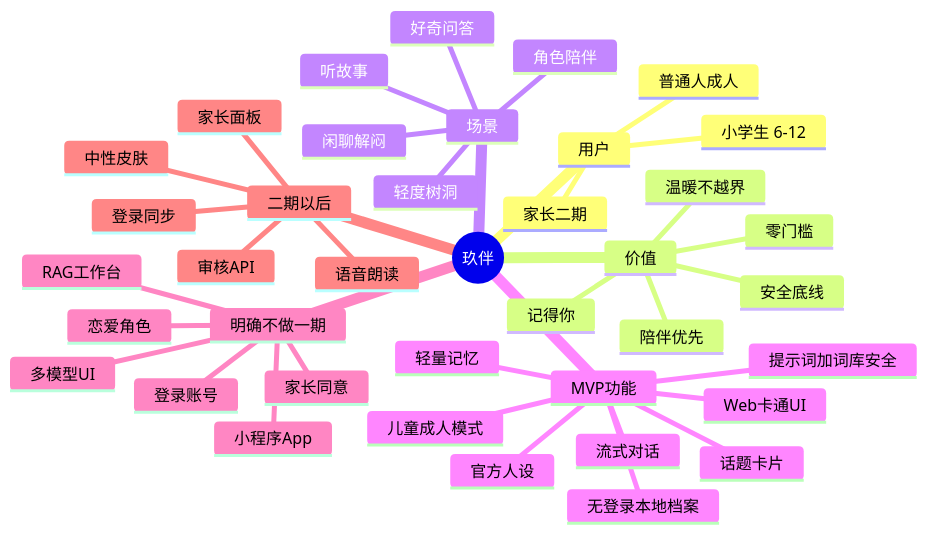
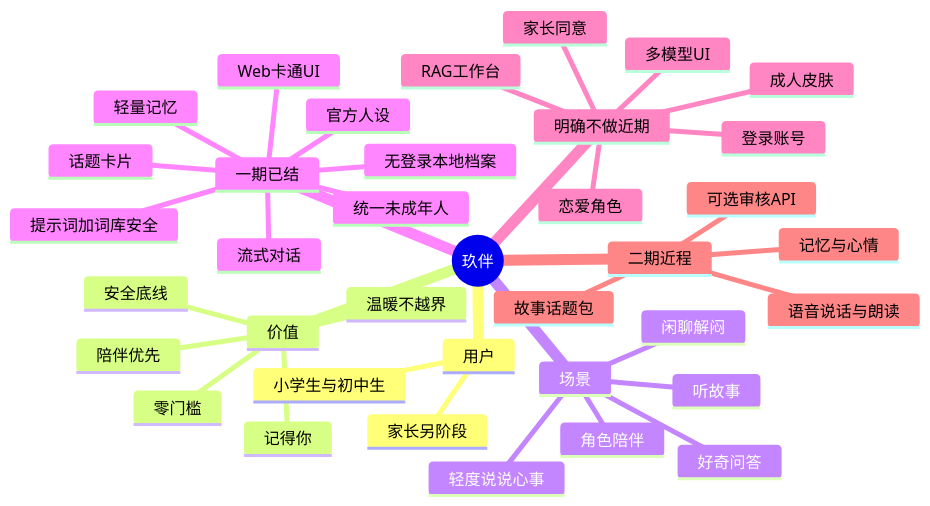
One commit to LinJJ12/EverPal changed the fifth of 11 diagrams in docs/diagrams.md. Above: the diagram before and after it, drawn with Mermaid. The commit also changed other lines of this file and 13 other files, not shown here.

````diff
--- a/docs/diagrams.md
+++ b/docs/diagrams.md
@@ -84,42 +85,40 @@
 ```mermaid
 mindmap
   root((玖伴))
     用户
-      小学生 6-12
-      普通人成人
-      家长二期
+      小学生与初中生
+      家长另阶段
     价值
       陪伴优先
       零门槛
       安全底线
       记得你
       温暖不越界
     场景
       闲聊解闷
       听故事
       好奇问答
-      轻度树洞
+      轻度说说心事
       角色陪伴
-    MVP功能
+    一期已结
       Web卡通UI
       流式对话
-      儿童成人模式
+      统一未成年人
       官方人设
       轻量记忆
       话题卡片
       提示词加词库安全
       无登录本地档案
-    明确不做一期
+    明确不做近期
       登录账号
       恋爱角色
       家长同意
+      成人皮肤
       多模型UI
       RAG工作台
-      小程序App
-    二期以后
-      语音朗读
-      家长面板
-      中性皮肤
-      登录同步
-      审核API
+    二期近程
+      语音说话与朗读
+      记忆与心情
+      故事话题包
+      可选审核API
 ```
````
